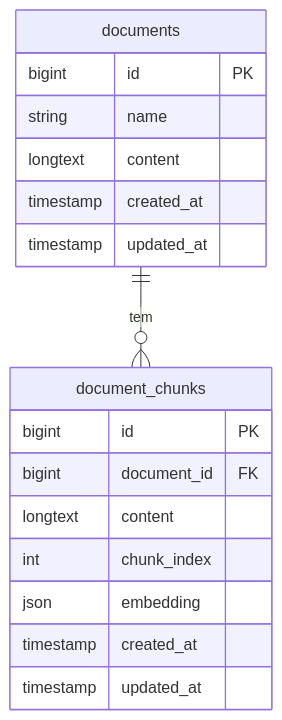
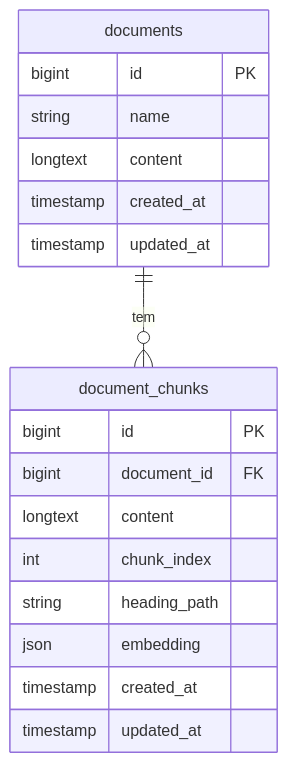
The fifth of 5 diagrams in docs/rag.md (Fredrumond/pm_helper), drawn with Mermaid before and after one commit. The commit also changed other lines of this file and 23 other files, not shown here.

````diff
--- a/docs/rag.md
+++ b/docs/rag.md
@@ -128,20 +128,21 @@
 ```mermaid
 erDiagram
     documents {
         bigint id PK
         string name
         longtext content
         timestamp created_at
         timestamp updated_at
     }
     document_chunks {
         bigint id PK
         bigint document_id FK
         longtext content
         int chunk_index
+        string heading_path
         json embedding
         timestamp created_at
         timestamp updated_at
     }
     documents ||--o{ document_chunks : "tem"
 ```
````
